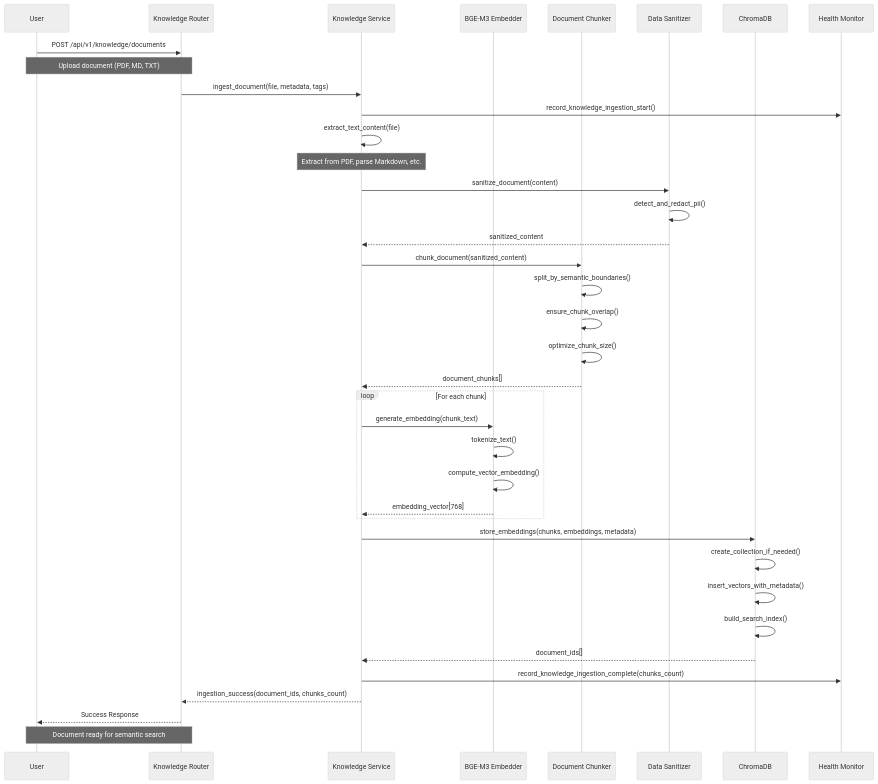
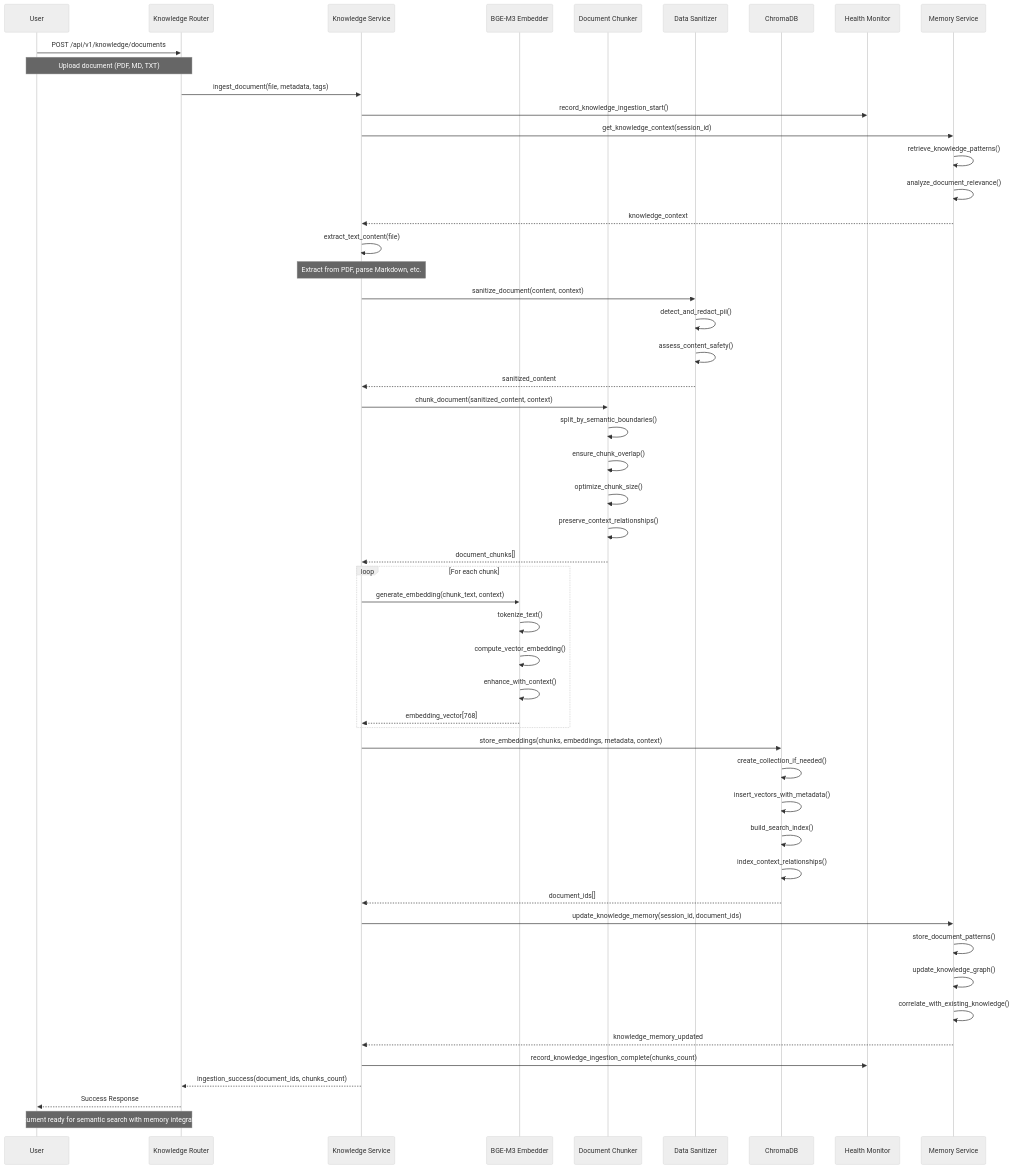
Before and after one commit to FaultMaven/FaultMaven-Mono: the third of 10 diagrams in docs/architecture/COMPONENT_INTERACTIONS.md, drawn with Mermaid (neutral theme). The commit also changed other lines of this file and 131 other files, not shown here.

````diff
--- a/docs/architecture/COMPONENT_INTERACTIONS.md
+++ b/docs/architecture/COMPONENT_INTERACTIONS.md
@@ -131,54 +181,72 @@
 ```mermaid
 sequenceDiagram
     participant User as User
     participant API as Knowledge Router
     participant Service as Knowledge Service
     participant Embedder as BGE-M3 Embedder
     participant Chunker as Document Chunker
     participant Sanitizer as Data Sanitizer
     participant VectorDB as ChromaDB
     participant Health as Health Monitor
+    participant Memory as Memory Service
     
     User->>API: POST /api/v1/knowledge/documents
     note over User,API: Upload document (PDF, MD, TXT)
     
     API->>Service: ingest_document(file, metadata, tags)
     Service->>Health: record_knowledge_ingestion_start()
     
+    %% Memory Context Retrieval
+    Service->>Memory: get_knowledge_context(session_id)
+    Memory->>Memory: retrieve_knowledge_patterns()
+    Memory->>Memory: analyze_document_relevance()
+    Memory-->>Service: knowledge_context
+    
     %% Content Extraction
     Service->>Service: extract_text_content(file)
     note over Service: Extract from PDF, parse Markdown, etc.
     
     %% Security Processing
-    Service->>Sanitizer: sanitize_document(content)
+    Service->>Sanitizer: sanitize_document(content, context)
     Sanitizer->>Sanitizer: detect_and_redact_pii()
+    Sanitizer->>Sanitizer: assess_content_safety()
     Sanitizer-->>Service: sanitized_content
     
-    %% Document Chunking
-    Service->>Chunker: chunk_document(sanitized_content)
+    %% Document Chunking with Context
+    Service->>Chunker: chunk_document(sanitized_content, context)
     Chunker->>Chunker: split_by_semantic_boundaries()
     Chunker->>Chunker: ensure_chunk_overlap()
     Chunker->>Chunker: optimize_chunk_size()
+    Chunker->>Chunker: preserve_context_relationships()
     Chunker-->>Service: document_chunks[]
     
-    %% Generate Embeddings
+    %% Generate Embeddings with Context
     loop For each chunk
-        Service->>Embedder: generate_embedding(chunk_text)
+        Service->>Embedder: generate_embedding(chunk_text, context)
         Embedder->>Embedder: tokenize_text()
         Embedder->>Embedder: compute_vector_embedding()
+        Embedder->>Embedder: enhance_with_context()
         Embedder-->>Service: embedding_vector[768]
     end
     
-    %% Store in Vector Database
-    Service->>VectorDB: store_embeddings(chunks, embeddings, metadata)
+    %% Store in Vector Database with Metadata
+    Service->>VectorDB: store_embeddings(chunks, embeddings, metadata, context)
     VectorDB->>VectorDB: create_collection_if_needed()
     VectorDB->>VectorDB: insert_vectors_with_metadata()
     VectorDB->>VectorDB: build_search_index()
+    VectorDB->>VectorDB: index_context_relationships()
     VectorDB-->>Service: document_ids[]
+    
+    %% Memory Integration
+    Service->>Memory: update_knowledge_memory(session_id, document_ids)
+    Memory->>Memory: store_document_patterns()
+    Memory->>Memory: update_knowledge_graph()
+    Memory->>Memory: correlate_with_existing_knowledge()
+    Memory-->>Service: knowledge_memory_updated
     
     Service->>Health: record_knowledge_ingestion_complete(chunks_count)
     Service-->>API: ingestion_success(document_ids, chunks_count)
     API-->>User: Success Response
     
-    note over User,API: Document ready for semantic search
+    note over User,API: Document ready for semantic search with memory integration
 ```
````
